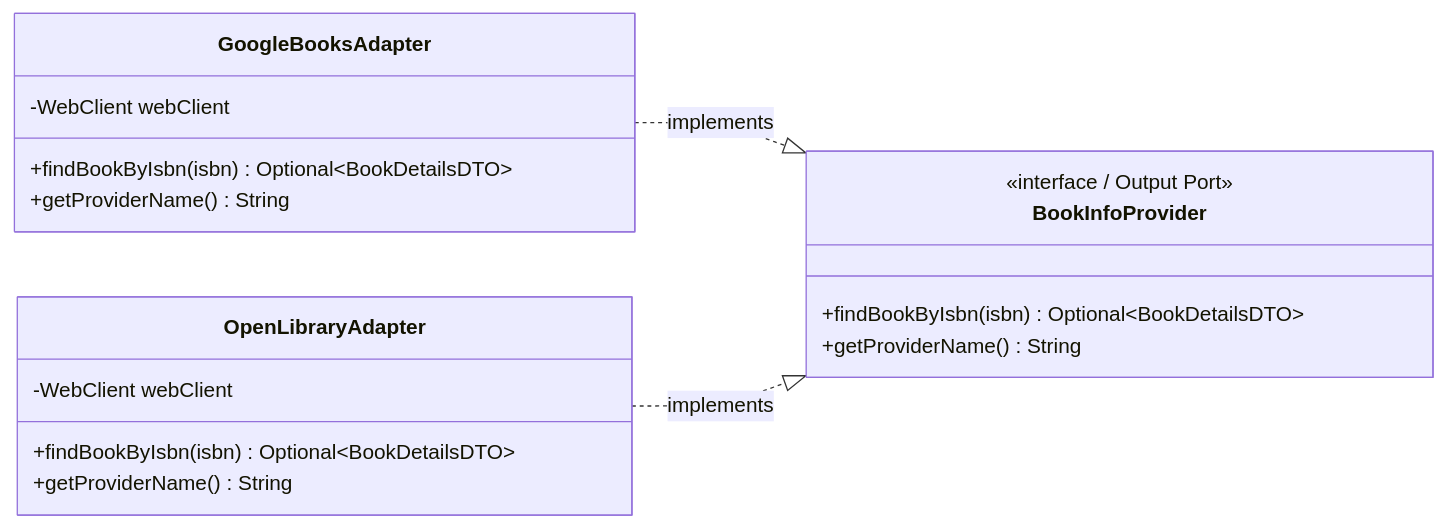
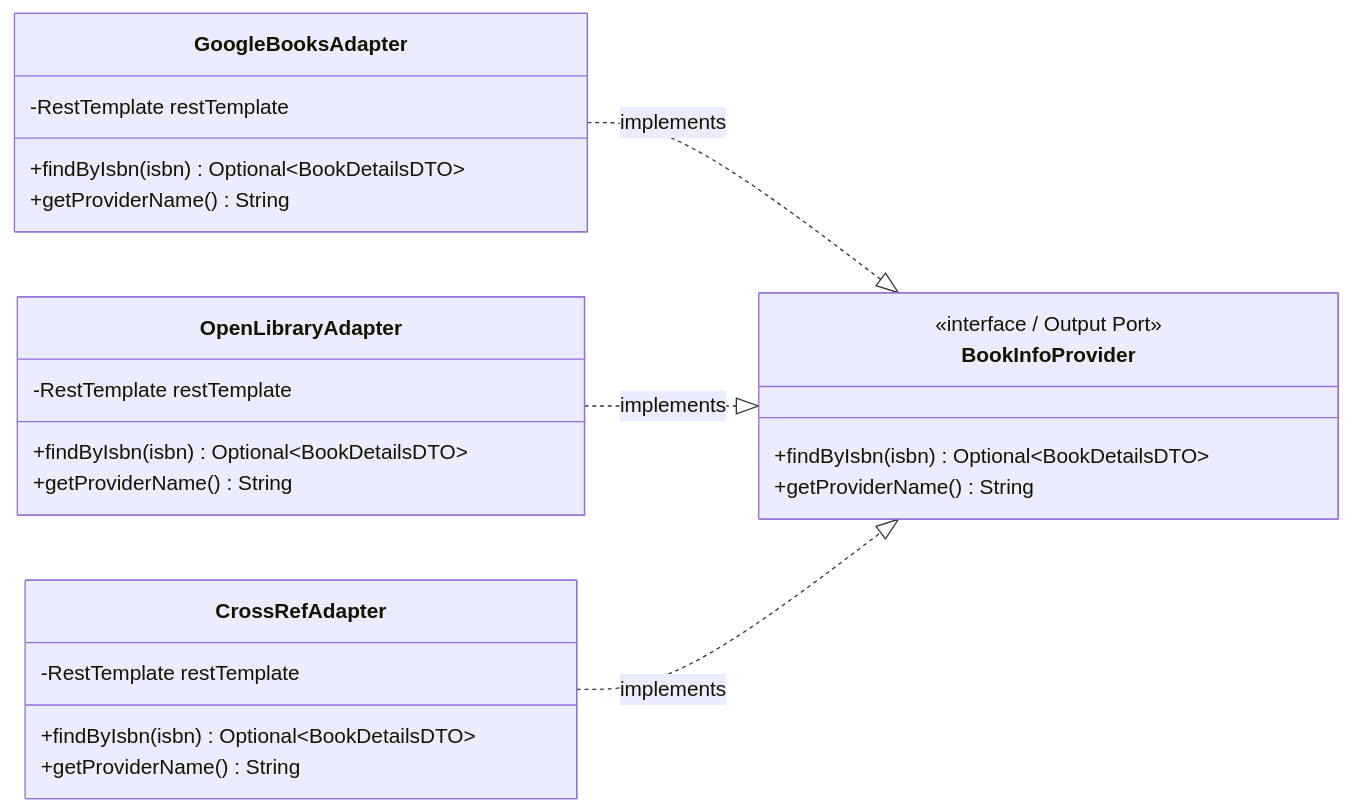
One commit to RafaelBrandao04/psoft-project-2026-1 changed the second of 4 diagrams in Docs/ARQSOFT/system-to-be/architectural-patterns.md. Above: the diagram before and after it, drawn with Mermaid. The commit also changed other lines of this file and 8 other files, not shown here.

Commit message:
docs(arqsoft): sync architecture and testing docs with codebase and remove theoretical bloat

````diff
--- a/Docs/ARQSOFT/system-to-be/architectural-patterns.md
+++ b/Docs/ARQSOFT/system-to-be/architectural-patterns.md
@@ -101,21 +42,27 @@
 ```mermaid
 classDiagram
     direction LR
     class BookInfoProvider {
         <<interface / Output Port>>
-        +findBookByIsbn(isbn) Optional~BookDetailsDTO~
+        +findByIsbn(isbn) Optional~BookDetailsDTO~
         +getProviderName() String
     }
     class GoogleBooksAdapter {
-        -WebClient webClient
-        +findBookByIsbn(isbn) Optional~BookDetailsDTO~
+        -RestTemplate restTemplate
+        +findByIsbn(isbn) Optional~BookDetailsDTO~
         +getProviderName() String
     }
     class OpenLibraryAdapter {
-        -WebClient webClient
-        +findBookByIsbn(isbn) Optional~BookDetailsDTO~
+        -RestTemplate restTemplate
+        +findByIsbn(isbn) Optional~BookDetailsDTO~
+        +getProviderName() String
+    }
+    class CrossRefAdapter {
+        -RestTemplate restTemplate
+        +findByIsbn(isbn) Optional~BookDetailsDTO~
         +getProviderName() String
     }
     GoogleBooksAdapter ..|> BookInfoProvider : implements
     OpenLibraryAdapter ..|> BookInfoProvider : implements
+    CrossRefAdapter ..|> BookInfoProvider : implements
 ```
````
